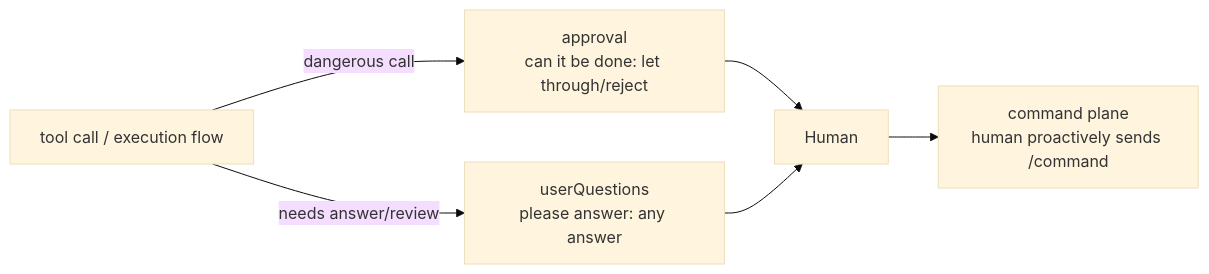
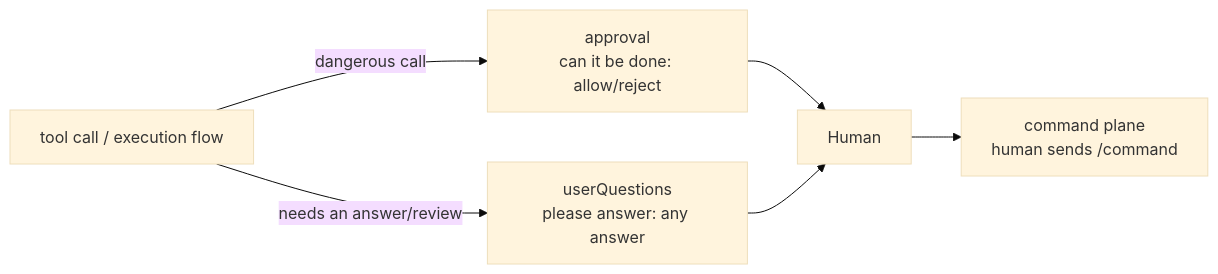
Before and after one commit to ChenYu1991ppak/deepseek-harness-anatomy: the first of 2 diagrams in ch14/ch14-interaction-permission-goal-plan_en.md, drawn with Mermaid (base theme). The commit also changed other lines of this file and 124 other files, not shown here.

````diff
--- a/ch14/ch14-interaction-permission-goal-plan_en.md
+++ b/ch14/ch14-interaction-permission-goal-plan_en.md
@@ -85,9 +85,9 @@
 ```mermaid
 flowchart LR
     H[Human]
-    T["tool call / execution flow"] -->|dangerous call| A["approval<br/>can it be done: let through/reject"]
-    T -->|needs answer/review| Q["userQuestions<br/>please answer: any answer"]
+    T["tool call / execution flow"] -->|dangerous call| A["approval<br/>can it be done: allow/reject"]
+    T -->|needs an answer/review| Q["userQuestions<br/>please answer: any answer"]
     A --> H
     Q --> H
-    H --> C["command plane<br/>human proactively sends /command"]
+    H --> C["command plane<br/>human sends /command"]
 ```
````
